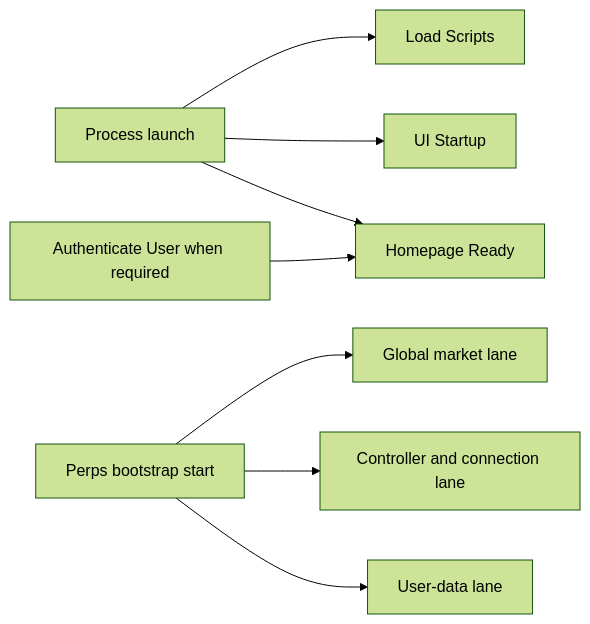
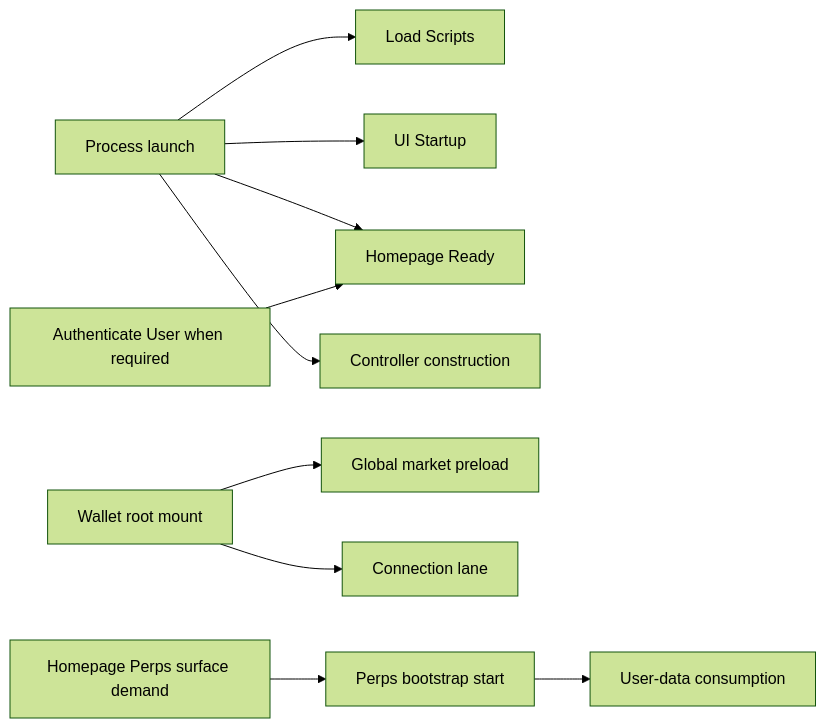
One commit to MetaMask/metamask-mobile changed the first of 3 diagrams in docs/perps/performance/ARCHITECTURE.md. Above: the diagram before and after it, drawn with Mermaid (forest theme). The commit also changed other lines of this file and 16 other files, not shown here.

````diff
--- a/docs/perps/performance/ARCHITECTURE.md
+++ b/docs/perps/performance/ARCHITECTURE.md
@@ -17,10 +17,12 @@
 ```mermaid
 flowchart LR
   P[Process launch] --> LS[Load Scripts]
   P --> UI[UI Startup]
   P --> HR[Homepage Ready]
   AUTH[Authenticate User when required] --> HR
-  PB[Perps bootstrap start] --> GLOBAL[Global market lane]
-  PB --> CTRL[Controller and connection lane]
-  PB --> USER[User-data lane]
+  P --> CTRL[Controller construction]
+  WALLET[Wallet root mount] --> GLOBAL[Global market preload]
+  WALLET --> CONNECT[Connection lane]
+  DEMAND[Homepage Perps surface demand] --> PB[Perps bootstrap start]
+  PB --> USER[User-data consumption]
 ```
````
